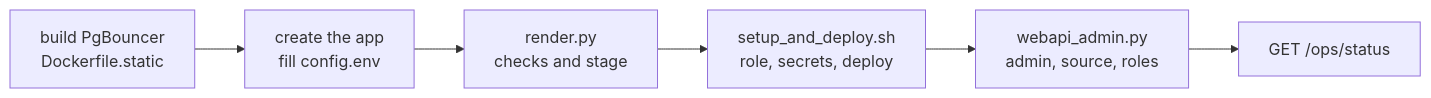
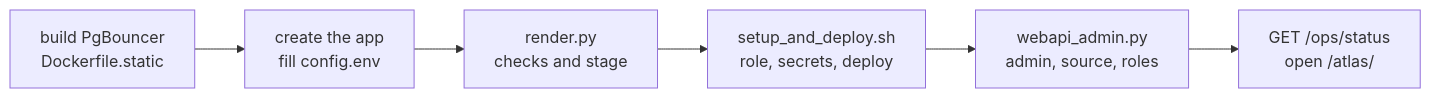
Before and after one commit to saselvan/webapi-on-lakebase: the third of 3 diagrams in README.md, drawn with Mermaid. The commit also changed other lines of this file, not shown here.

First line of the commit message:
README: ATLAS in the app, its sign-in, the Atlas users step, deploy.sh, check.sh, S5.1g results

````diff
--- a/README.md
+++ b/README.md
@@ -207,8 +251,8 @@
 ```mermaid
 flowchart LR
     A[build PgBouncer<br/>Dockerfile.static] --> B[create the app<br/>fill config.env]
     B --> C[render.py<br/>checks and stage]
     C --> D[setup_and_deploy.sh<br/>role, secrets, deploy]
     D --> E[webapi_admin.py<br/>admin, source, roles]
-    E --> F[GET /ops/status]
+    E --> F[GET /ops/status<br/>open /atlas/]
 ```
````
